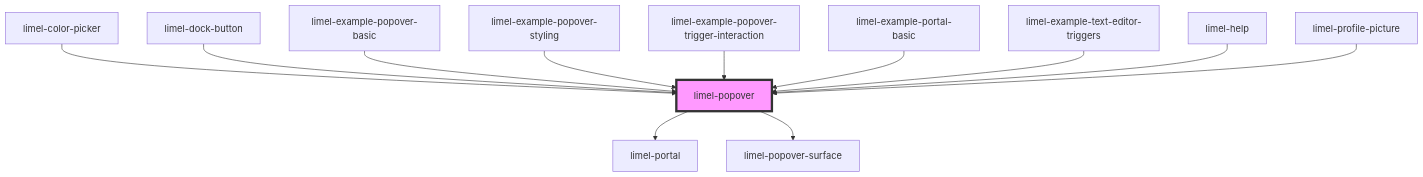
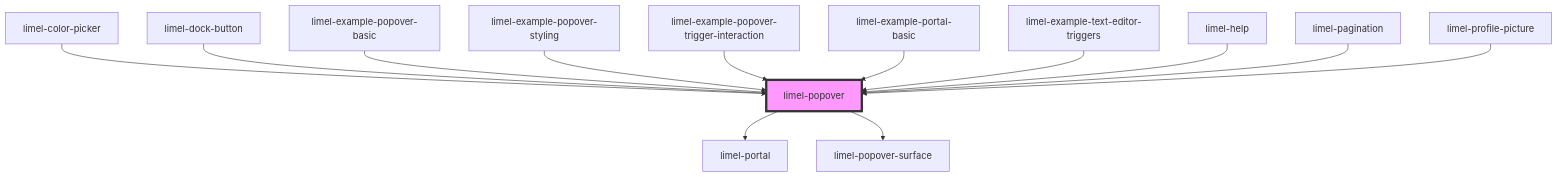
The diagram in versions/PR-4295/markdown-docs/components/popover/readme.md (Lundalogik/lime-elements), drawn with Mermaid before and after one commit. The commit also changed other lines of this file and 607 other files, not shown here.

````diff
--- a/versions/PR-4295/markdown-docs/components/popover/readme.md
+++ b/versions/PR-4295/markdown-docs/components/popover/readme.md
@@ -88,15 +89,16 @@
 ```mermaid
 graph TD;
   limel-popover --> limel-portal
   limel-popover --> limel-popover-surface
   limel-color-picker --> limel-popover
   limel-dock-button --> limel-popover
   limel-example-popover-basic --> limel-popover
   limel-example-popover-styling --> limel-popover
   limel-example-popover-trigger-interaction --> limel-popover
   limel-example-portal-basic --> limel-popover
   limel-example-text-editor-triggers --> limel-popover
   limel-help --> limel-popover
+  limel-pagination --> limel-popover
   limel-profile-picture --> limel-popover
   style limel-popover fill:#f9f,stroke:#333,stroke-width:4px
 ```
````
